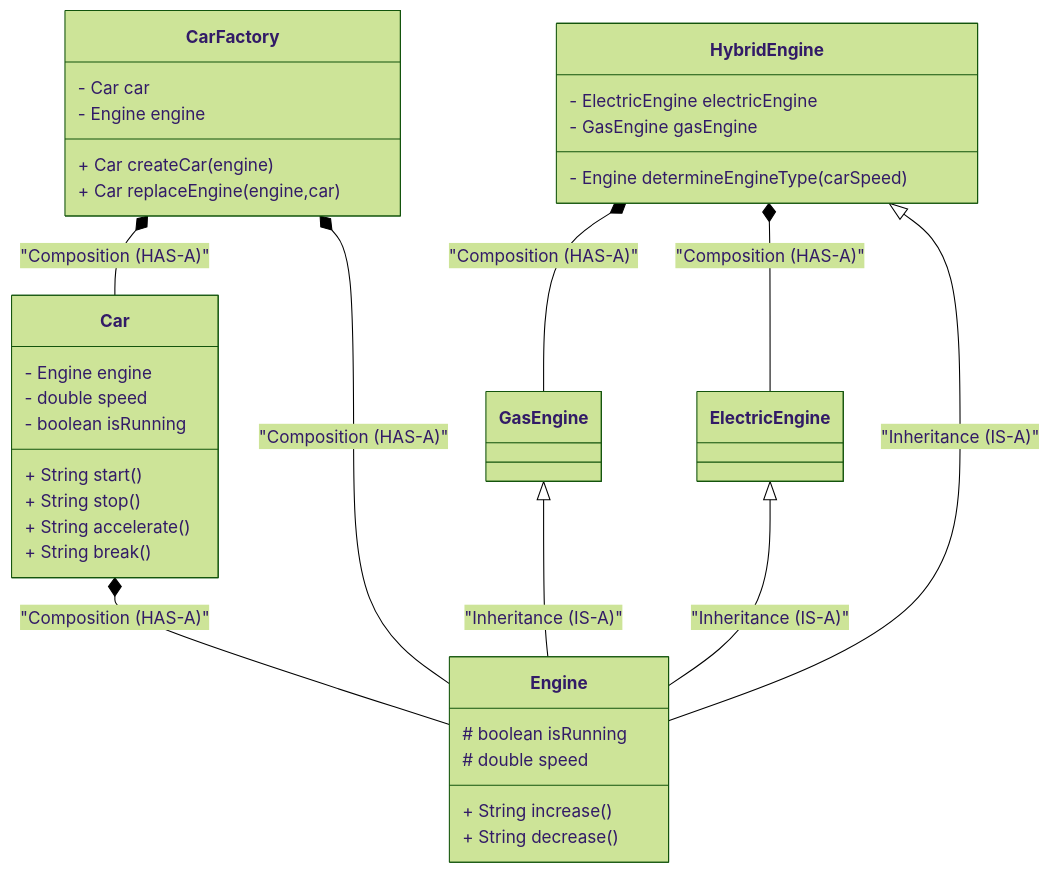
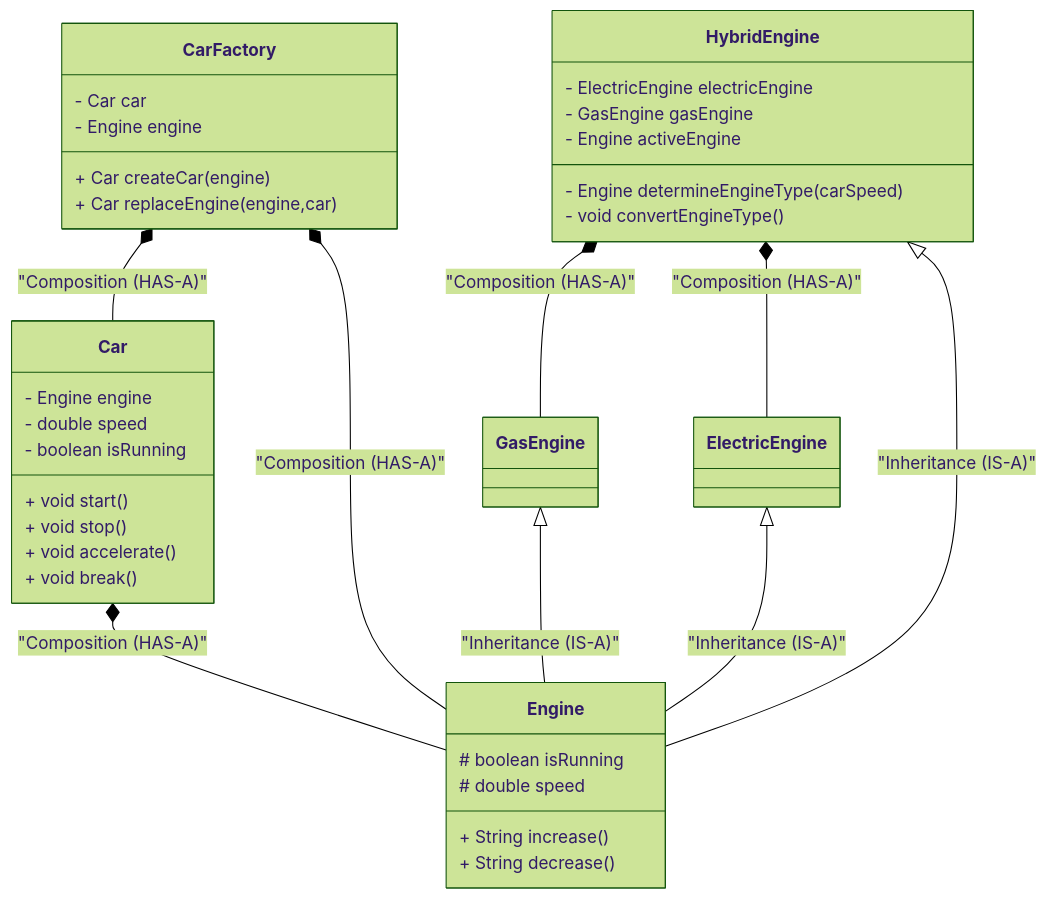
The diagram in README.md (ahmed-ehab-m/Quantum-Car-Task), drawn with Mermaid before and after one commit.

Commit message:
Revise class diagram for Car and Engine classes
Updated class diagram in README to reflect method and property changes.

````diff
--- a/README.md
+++ b/README.md
@@ -2,51 +2,55 @@
 ```mermaid
 ---
 config:
   theme: forest
 ---
 classDiagram
+direction TB
     class Car {
-        - Engine engine
-        - double speed
-        - boolean isRunning
-        + String start()
-        + String stop()
-        + String accelerate()
-        + String break()
-
+	    - Engine engine
+	    - double speed
+	    - boolean isRunning
+	    + void start()
+	    + void stop()
+	    + void accelerate()
+	    + void break()
     }
 
     class Engine {
-        # boolean isRunning
-        # double speed
-        + String increase()
-        + String decrease()
+	    # boolean isRunning
+	    # double speed
+	    + String increase()
+	    + String decrease()
     }
+
     class ElectricEngine {
     }
+
     class GasEngine {
-    }
-    class HybridEngine {
-        - ElectricEngine electricEngine
-        - GasEngine gasEngine
-        - Engine determineEngineType(carSpeed)
     }
 
     class CarFactory {
-        - Car car
-        - Engine engine
-        + Car createCar(engine)
-        + Car replaceEngine(engine,car)
+	    - Car car
+	    - Engine engine
+	    + Car createCar(engine)
+	    + Car replaceEngine(engine,car)
     }
 
-    
+    class HybridEngine {
+	 
+        - ElectricEngine electricEngine
+	    - GasEngine gasEngine
+        - Engine activeEngine
+	    - Engine determineEngineType(carSpeed)
+        - void convertEngineType()
+    }
 
     Car *-- Engine : "Composition (HAS-A)"
     CarFactory *-- Car : "Composition (HAS-A)"
     CarFactory *-- Engine : "Composition (HAS-A)"
     HybridEngine *-- ElectricEngine : "Composition (HAS-A)"
     HybridEngine *-- GasEngine : "Composition (HAS-A)"
     GasEngine <|-- Engine : "Inheritance (IS-A)"
     ElectricEngine <|-- Engine : "Inheritance (IS-A)"
     HybridEngine <|-- Engine : "Inheritance (IS-A)"
 ```
````
